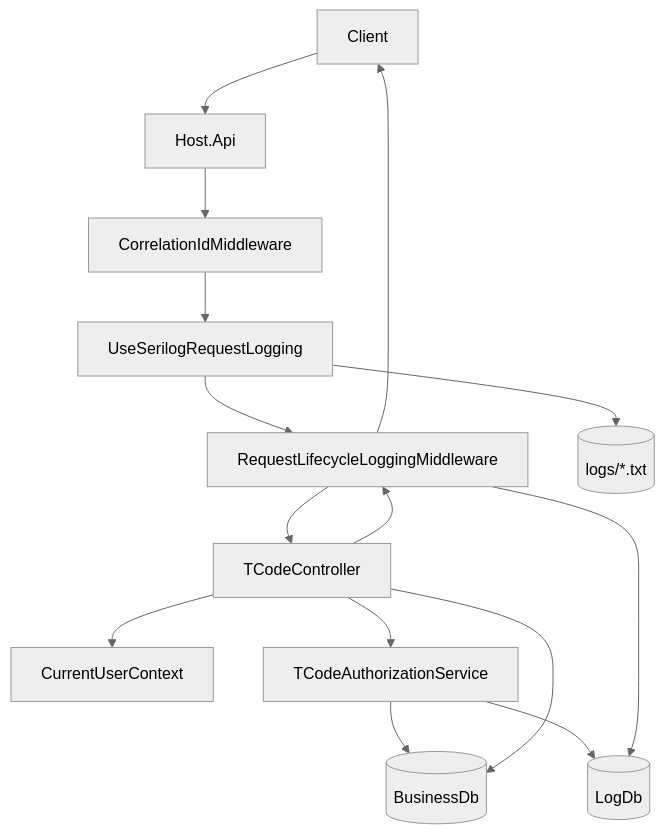
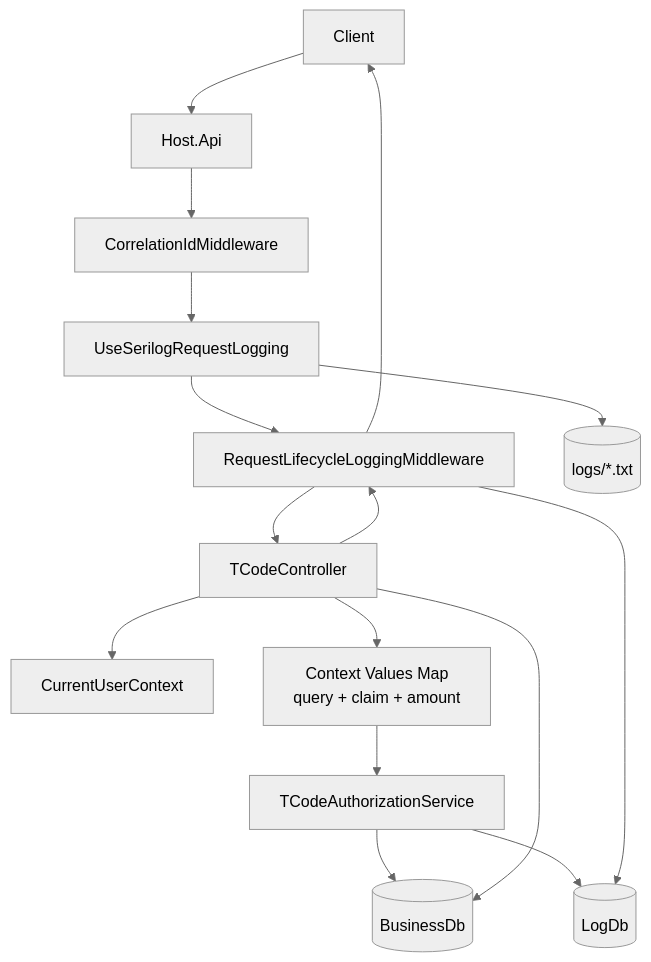
One commit to mithatcan55/ENTERPRISESYSTEM changed the diagram in docs/architecture/request-log-flow.mmd. Above: the diagram before and after it, drawn with Mermaid (neutral theme). The commit also changed other lines of this file and 6 other files, not shown here.

```diff
--- a/docs/architecture/request-log-flow.mmd
+++ b/docs/architecture/request-log-flow.mmd
@@ -1,27 +1,29 @@
 flowchart TD
     Client[Client]
     Api[Host.Api]
     Corr[CorrelationIdMiddleware]
     SerilogReq[UseSerilogRequestLogging]
     ReqLife[RequestLifecycleLoggingMiddleware]
     Controller[TCodeController]
     UserCtx[CurrentUserContext]
+    ContextMap[Context Values Map\nquery + claim + amount]
     Authz[TCodeAuthorizationService]
     BusinessDb[(BusinessDb)]
     LogDb[(LogDb)]
     FileLog[(logs/*.txt)]
 
     Client --> Api
     Api --> Corr
     Corr --> SerilogReq
     SerilogReq --> ReqLife
     ReqLife --> Controller
     Controller --> UserCtx
-    Controller --> Authz
+    Controller --> ContextMap
+    ContextMap --> Authz
     Authz --> BusinessDb
     Authz --> LogDb
     Controller --> BusinessDb
     ReqLife --> LogDb
     SerilogReq --> FileLog
     Controller --> ReqLife
     ReqLife --> Client
```
